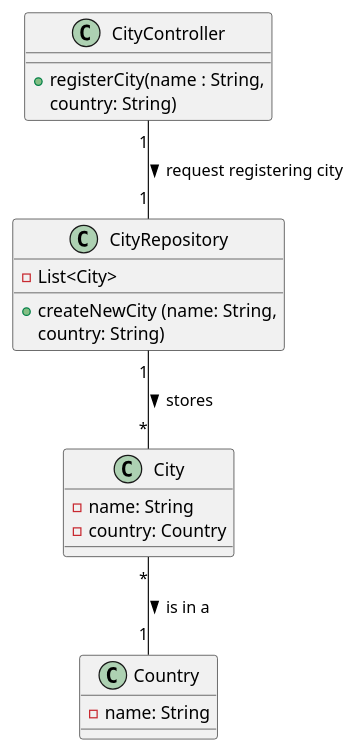
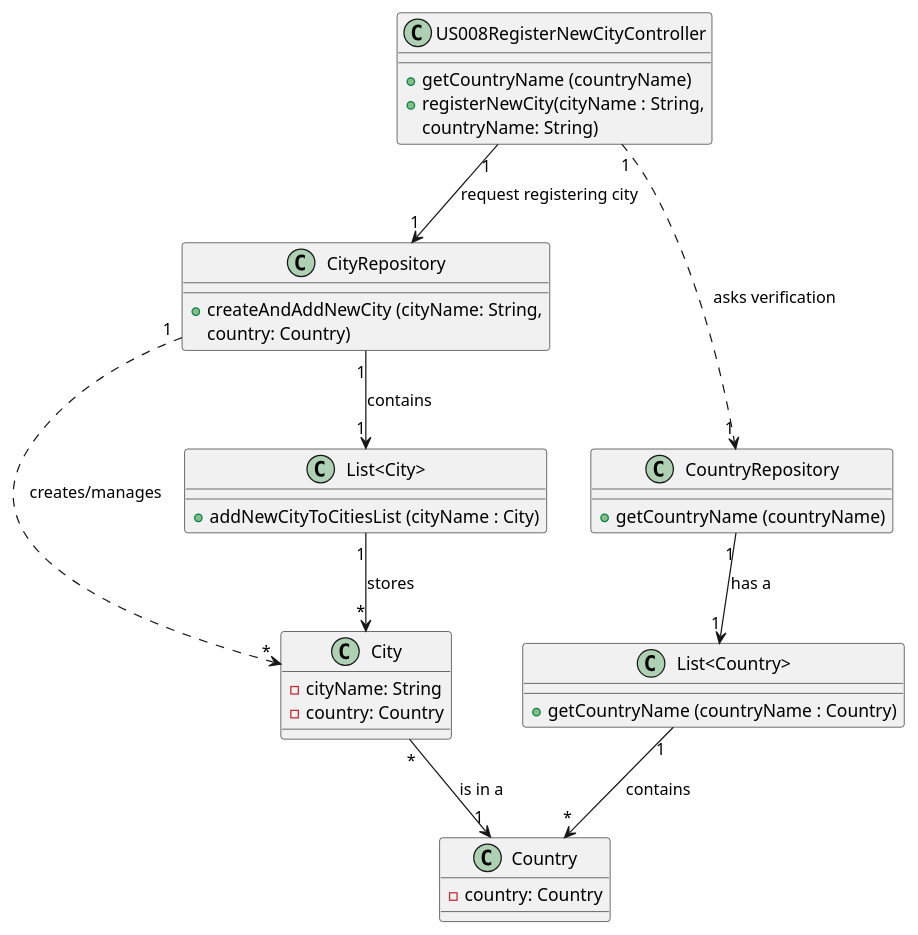
One commit to AndrePereiraGitH/SWitCH-Project-Team_A changed the diagram in Diagrams/ClassDiagrams/US008-to-register-new-city-in-the-system.puml. Above: the diagram before and after it, drawn with PlantUML. The commit also changed 4 other files, not shown here.

```diff
--- a/Diagrams/ClassDiagrams/US008-to-register-new-city-in-the-system.puml
+++ b/Diagrams/ClassDiagrams/US008-to-register-new-city-in-the-system.puml
@@ -1,38 +1,50 @@
 @startuml
 
 /' class User {
   -username: String
   -contact: Contact
   -profile: Profile
   +User(username: String, contact: Contact, profile: Profile)
 }
 '/
 
 class City {
--name: String
+-cityName: String
 -country: Country
 }
 
-class Country {
--name: String
+class "List<Country>" {
+    +getCountryName (countryName : Country)
 }
 
+class Country {
+-country: Country
+}
 
 class CityRepository {
--List<City>
-    +createNewCity (name: String,
-    country: String)
+    +createAndAddNewCity (cityName: String,
+    country: Country)
     }
 
-class CityController{
-  + registerCity(name : String,
-  country: String)
+class US008RegisterNewCityController{
+    +getCountryName (countryName)
+  + registerNewCity(cityName : String,
+  countryName: String)
+}
+class CountryRepository{
+    +getCountryName (countryName)
+}
+class "List<City>"{
+    +addNewCityToCitiesList (cityName : City)
 }
 
 ' Interactions
-CityController "1" -- "1" CityRepository : request registering city >
-'/CityRepository  --  CityRepository : manage/store
-'/User "1" -- "1" CityController : requests registration of new city >
-CityRepository "1" -- "*" City : stores >
-City "*" -- "1" Country : is in a >
+US008RegisterNewCityController "1" --> "1" CityRepository : request registering city
+US008RegisterNewCityController "1" .--> "1" CountryRepository : asks verification
+CityRepository "1" --> "1" "List<City>" : contains
+"List<City>" "1" --> "*" City : stores
+CityRepository "1" .--> "*" City : creates/manages
+"List<Country>" "1" --> "*" Country : contains
+CountryRepository "1" --> "1" "List<Country>" : has a
+City "*" --> "1" Country : is in a
 @enduml
```
